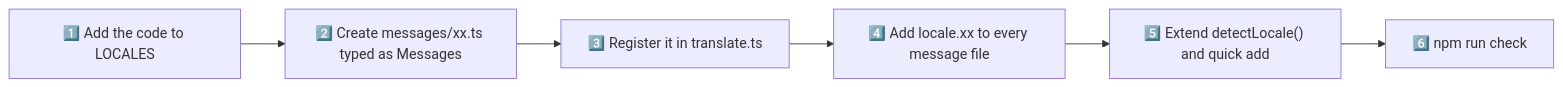
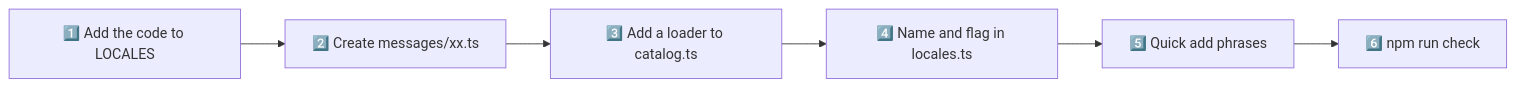
Before and after one commit to sacrificed666/react-todo-app: the third of 3 diagrams in docs/i18n.md, drawn with Mermaid. The commit also changed other lines of this file and 102 other files, not shown here.

````diff
--- a/docs/i18n.md
+++ b/docs/i18n.md
@@ -115,8 +133,8 @@
 ```mermaid
 flowchart LR
-  A["1️⃣ Add the code to LOCALES"] --> B["2️⃣ Create messages/xx.ts typed as Messages"]
-  B --> C["3️⃣ Register it in translate.ts"]
-  C --> D["4️⃣ Add locale.xx to every message file"]
-  D --> E["5️⃣ Extend detectLocale() and quick add"]
+  A["1️⃣ Add the code to LOCALES"] --> B["2️⃣ Create messages/xx.ts"]
+  B --> C["3️⃣ Add a loader to catalog.ts"]
+  C --> D["4️⃣ Name and flag in locales.ts"]
+  D --> E["5️⃣ Quick add phrases"]
   E --> F["6️⃣ npm run check"]
 ```
````
